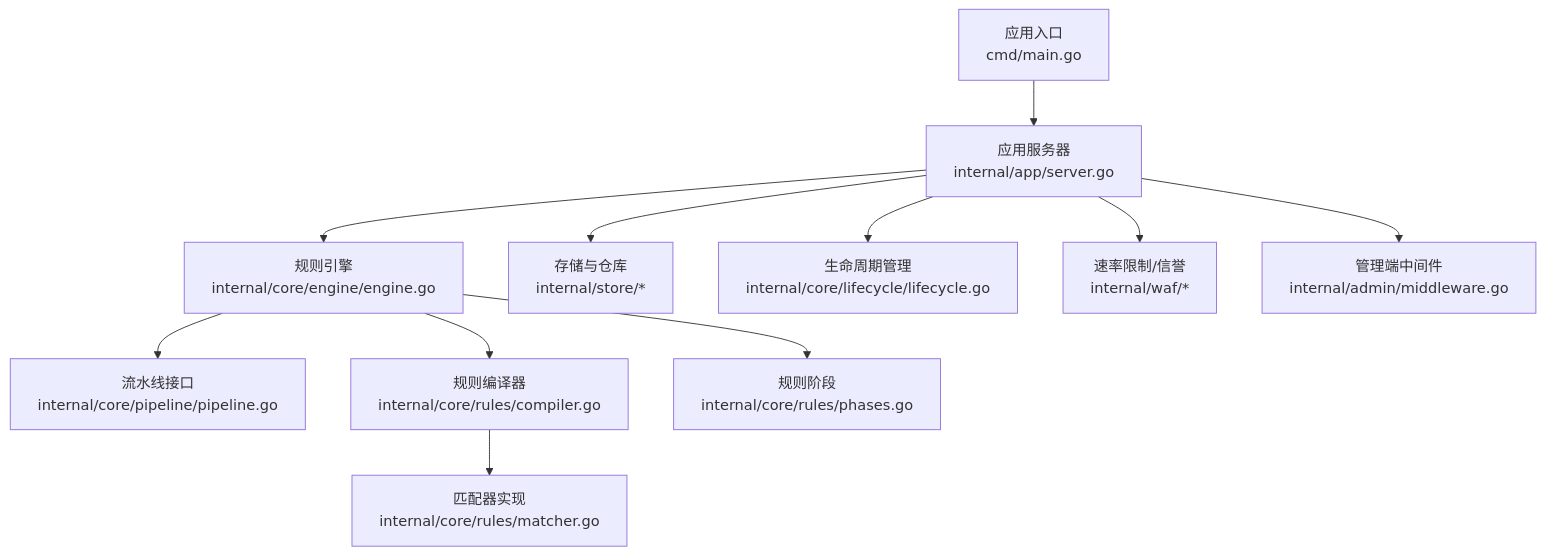
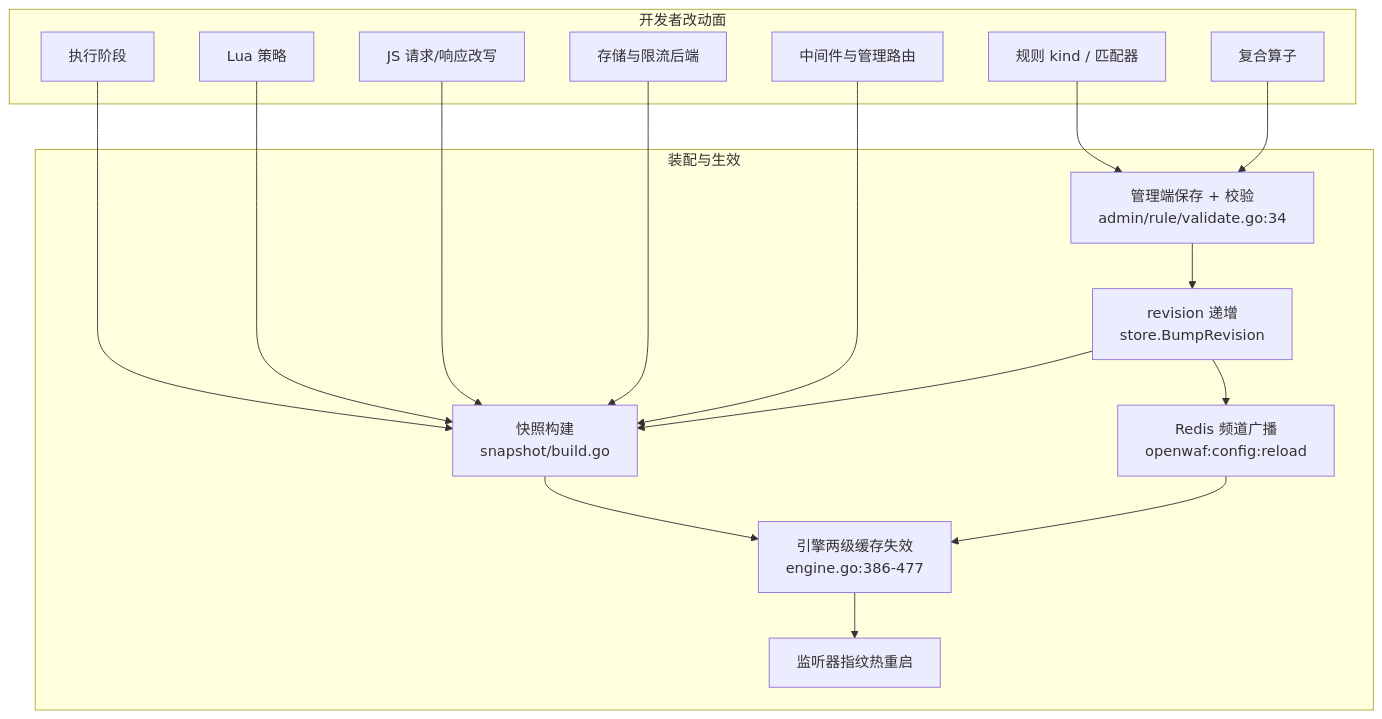
One commit to x01n/My-OpenWaf changed the first of 4 diagrams in docs/扩展与插件系统/扩展与插件系统.md. Above: the diagram before and after it, drawn with Mermaid. The commit also changed other lines of this file and 622 other files, not shown here.

````diff
--- a/docs/扩展与插件系统/扩展与插件系统.md
+++ b/docs/扩展与插件系统/扩展与插件系统.md
@@ -107,13 +104,30 @@
 ```mermaid
 graph TB
-A["应用入口<br/>cmd/main.go"] --> B["应用服务器<br/>internal/app/server.go"]
-B --> C["规则引擎<br/>internal/core/engine/engine.go"]
-C --> D["流水线接口<br/>internal/core/pipeline/pipeline.go"]
-C --> E["规则编译器<br/>internal/core/rules/compiler.go"]
-E --> F["匹配器实现<br/>internal/core/rules/matcher.go"]
-C --> G["规则阶段<br/>internal/core/rules/phases.go"]
-B --> H["存储与仓库<br/>internal/store/*"]
-B --> I["生命周期管理<br/>internal/core/lifecycle/lifecycle.go"]
-B --> J["速率限制/信誉<br/>internal/waf/*"]
-B --> K["管理端中间件<br/>internal/admin/middleware.go"]
+  subgraph DEV["开发者改动面"]
+    K["规则 kind / 匹配器"]
+    OP["复合算子"]
+    PH["执行阶段"]
+    LUA["Lua 策略"]
+    JS["JS 请求/响应改写"]
+    BE["存储与限流后端"]
+    MW["中间件与管理路由"]
+  end
+  subgraph ASM["装配与生效"]
+    SAVE["管理端保存 + 校验<br/>admin/rule/validate.go:34"]
+    SNAP["快照构建<br/>snapshot/build.go"]
+    REV["revision 递增<br/>store.BumpRevision"]
+    CACHE["引擎两级缓存失效<br/>engine.go:386-477"]
+    LIS["监听器指纹热重启"]
+    BROADCAST["Redis 频道广播<br/>openwaf:config:reload"]
+  end
+  K --> SAVE
+  OP --> SAVE
+  PH --> SNAP
+  LUA --> SNAP
+  JS --> SNAP
+  BE --> SNAP
+  MW --> SNAP
+  SAVE --> REV --> SNAP --> CACHE --> LIS
+  REV --> BROADCAST
+  BROADCAST --> CACHE
 ```
````
